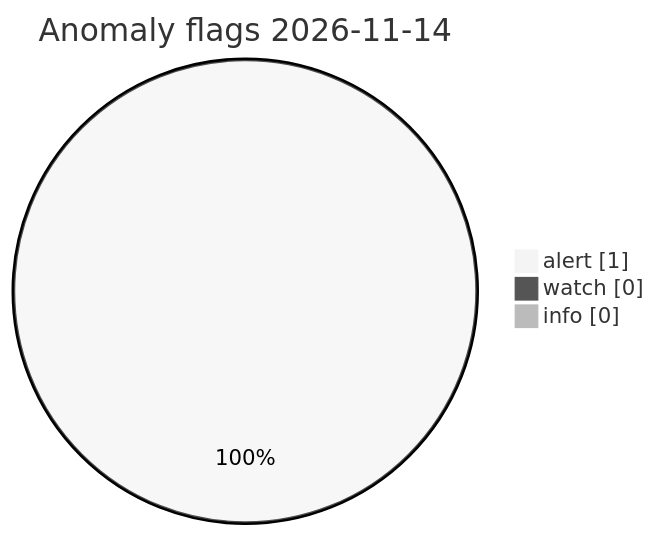
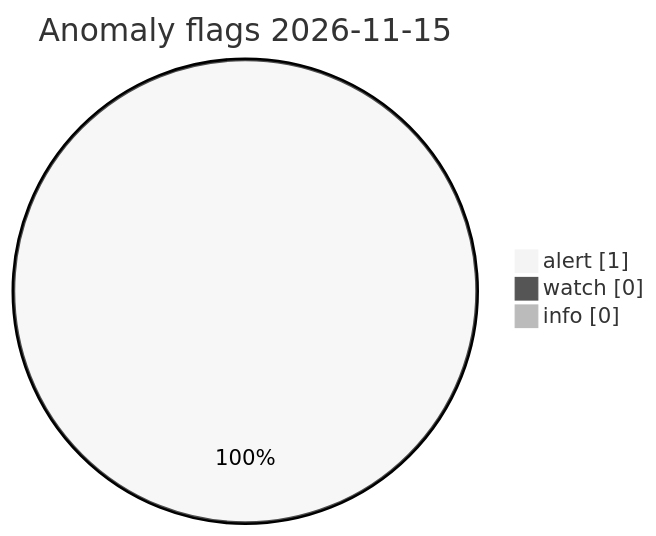
Before and after one commit to Midwest-Stratospheric/Unified-Open-Global-Weather: the diagram in visuals/latest/CHARTS.md, drawn with Mermaid (neutral theme). The commit also changed other lines of this file and 23 other files, not shown here.

Commit message:
data(visuals): automated charts 2026-11-15T12:22Z

````diff
--- a/visuals/latest/CHARTS.md
+++ b/visuals/latest/CHARTS.md
@@ -73,7 +73,7 @@
 ```mermaid
 pie showData
-  title Anomaly flags 2026-11-14
+  title Anomaly flags 2026-11-15
   "alert" : 1
   "watch" : 0
   "info" : 0
 ```
````
